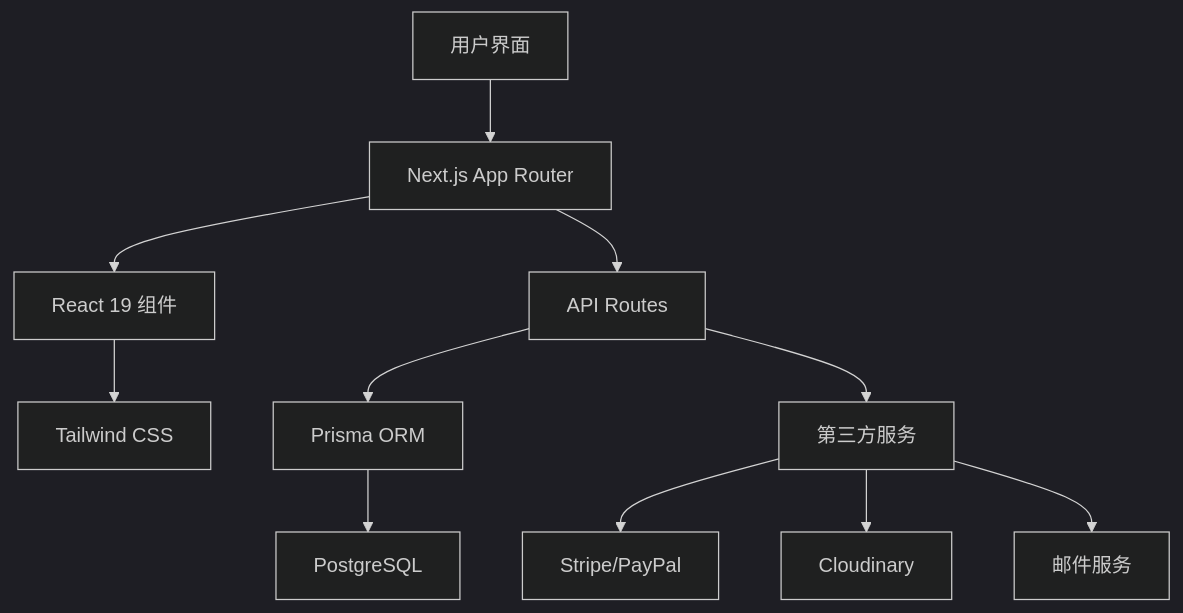
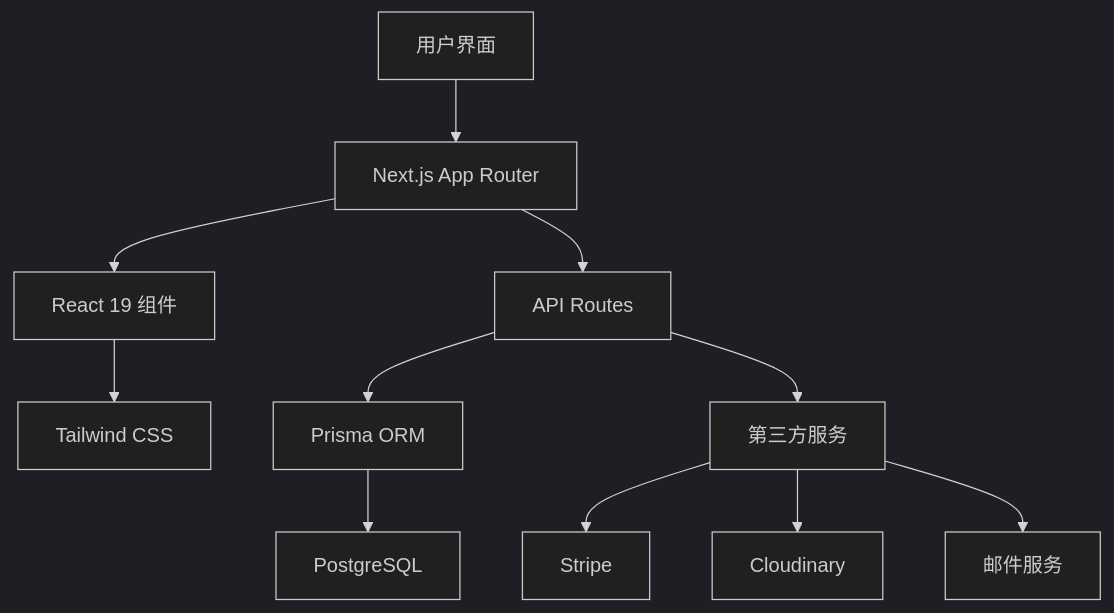
One commit to durunsong/yoyo_mall changed the diagram in README.md. Above: the diagram before and after it, drawn with Mermaid (dark theme). The commit also changed other lines of this file and 143 other files, not shown here.

````diff
--- a/README.md
+++ b/README.md
@@ -33,13 +33,13 @@
 ```mermaid
 graph TB
     A[用户界面] --> B[Next.js App Router]
     B --> C[React 19 组件]
     C --> D[Tailwind CSS]
     B --> E[API Routes]
     E --> F[Prisma ORM]
     F --> G[PostgreSQL]
     E --> H[第三方服务]
-    H --> I[Stripe/PayPal]
+    H --> I[Stripe]
     H --> J[Cloudinary]
     H --> K[邮件服务]
 ```
````
